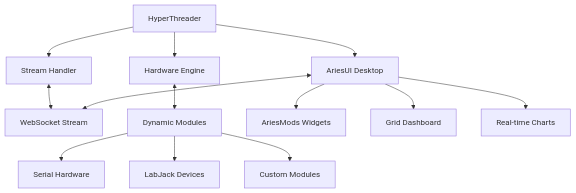
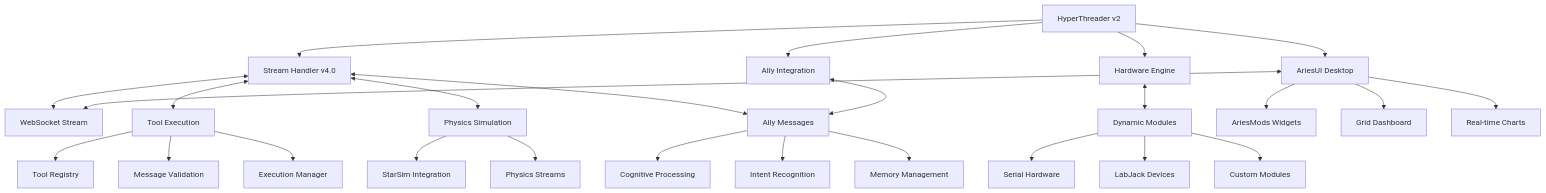
One commit to AryanRai/Comms changed the first of 3 diagrams in README.md. Above: the diagram before and after it, drawn with Mermaid. The commit also changed other lines of this file and 6 other files, not shown here.

````diff
--- a/README.md
+++ b/README.md
@@ -94,18 +103,35 @@
 ```mermaid
 graph TB
-    A[HyperThreader] --> B[Stream Handler]
+    A[HyperThreader v2] --> B[Stream Handler v4.0]
     A --> C[Hardware Engine]
     A --> D[AriesUI Desktop]
+    A --> E[Ally Integration]
     
-    B <--> E[WebSocket Stream]
-    C <--> F[Dynamic Modules]
-    D <--> E
+    B <--> F[WebSocket Stream]
+    B <--> G[Tool Execution]
+    B <--> H[Physics Simulation]
+    B <--> I[Ally Messages]
     
-    F --> G[Serial Hardware]
-    F --> H[LabJack Devices]
-    F --> I[Custom Modules]
+    C <--> J[Dynamic Modules]
+    D <--> F
+    E <--> I
     
-    D --> J[AriesMods Widgets]
-    D --> K[Grid Dashboard]
-    D --> L[Real-time Charts]
+    J --> K[Serial Hardware]
+    J --> L[LabJack Devices]
+    J --> M[Custom Modules]
+    
+    G --> N[Tool Registry]
+    G --> O[Message Validation]
+    G --> P[Execution Manager]
+    
+    H --> Q[StarSim Integration]
+    H --> R[Physics Streams]
+    
+    I --> S[Cognitive Processing]
+    I --> T[Intent Recognition]
+    I --> U[Memory Management]
+    
+    D --> V[AriesMods Widgets]
+    D --> W[Grid Dashboard]
+    D --> X[Real-time Charts]
 ```
````
